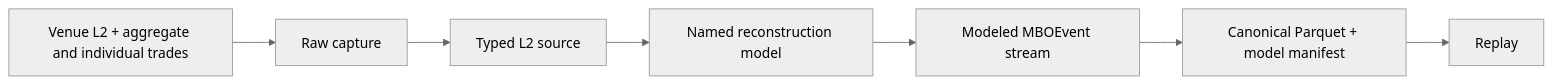
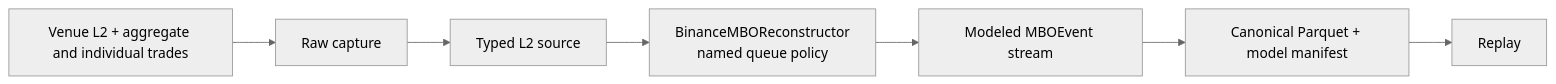
Before and after one commit to tradingexpert/ordersim: the third of 6 diagrams in docs/architecture.md, drawn with Mermaid (neutral theme). The commit also changed other lines of this file and 16 other files, not shown here.

First line of the commit message:
Add Binance L2 virtual-MBO reconstruction study (#61)

````diff
--- a/docs/architecture.md
+++ b/docs/architecture.md
@@ -68,12 +68,12 @@
 ```mermaid
 flowchart LR
     venue["Venue L2 + aggregate and individual trades"]
     capture["Raw capture"]
     source["Typed L2 source"]
-    model["Named reconstruction model"]
+    model["BinanceMBOReconstructor<br/>named queue policy"]
     modeled["Modeled MBOEvent stream"]
     parquet["Canonical Parquet + model manifest"]
     replay["Replay"]
 
     venue --> capture --> source --> model --> modeled --> parquet --> replay
 ```
````
